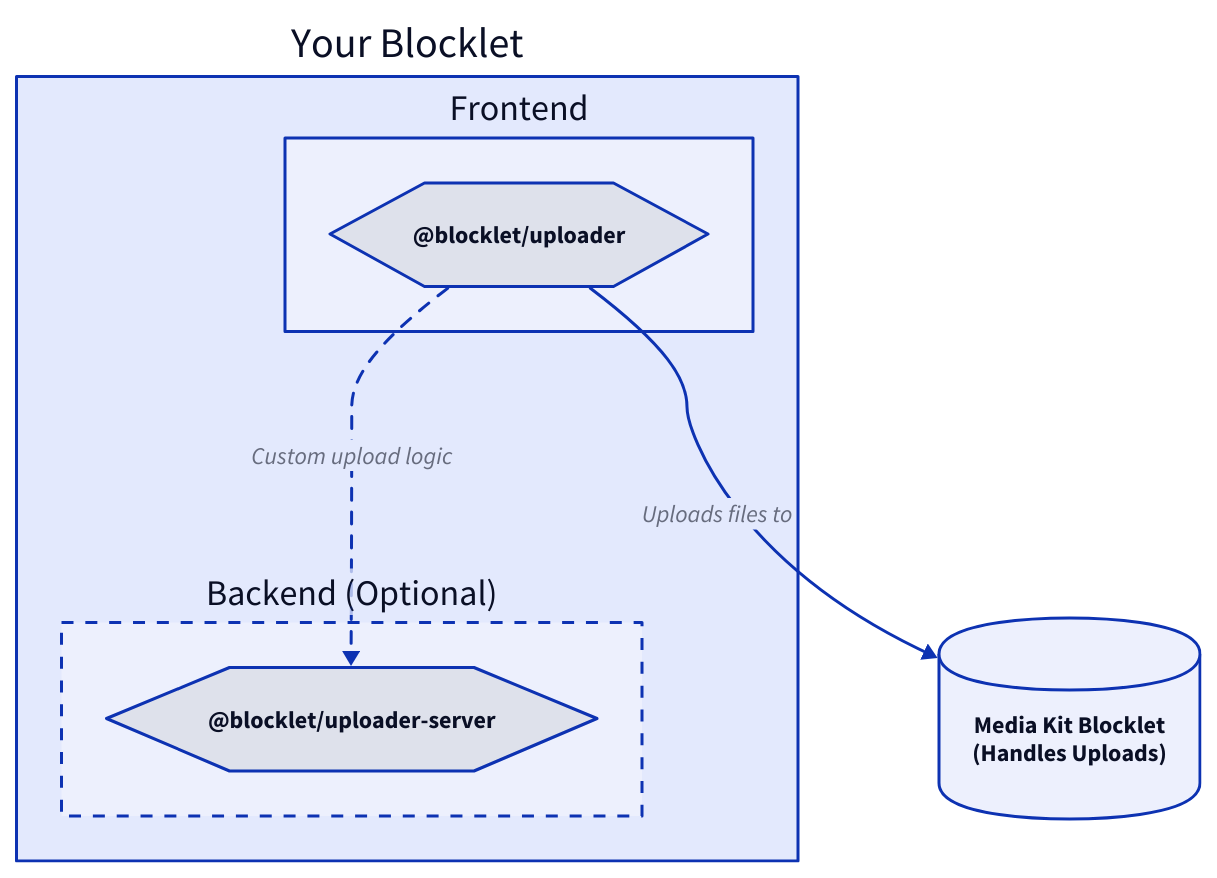
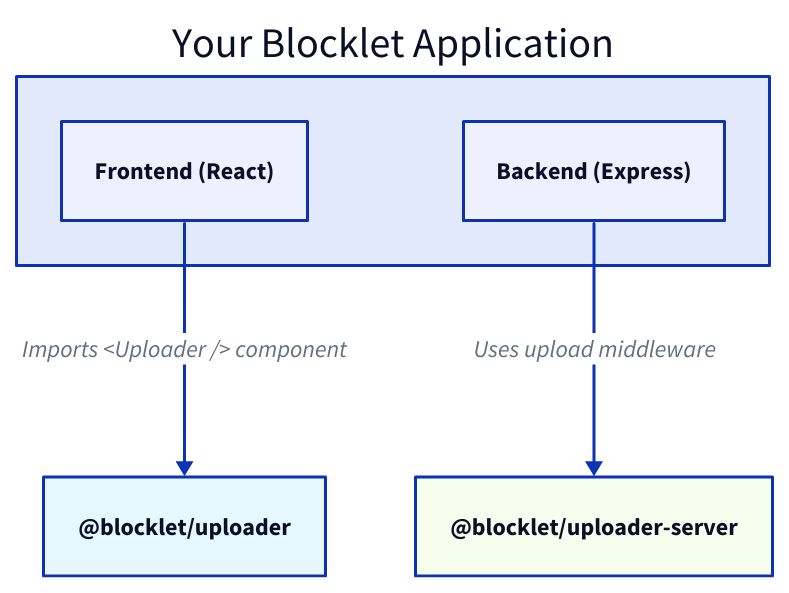
The diagram in .aigne/doc-smith/docs/api-reference.md (blocklet/media-kit), drawn with D2 before and after one commit. The commit also changed other lines of this file and 25 other files, not shown here.

````diff
--- a/.aigne/doc-smith/docs/api-reference.md
+++ b/.aigne/doc-smith/docs/api-reference.md
@@ -7,37 +12,34 @@
 ```d2
 direction: down
 
-Developer-Application: {
-  label: "Your Blocklet"
+your-blocklet-app: {
+  label: "Your Blocklet Application"
   shape: rectangle
 
-  Frontend: {
-    label: "Frontend"
+  frontend: {
+    label: "Frontend (React)"
     shape: rectangle
-    blocklet-uploader: {
-      label: "@blocklet/uploader"
-      shape: hexagon
-    }
   }
 
-  Backend: {
-    label: "Backend (Optional)"
+  backend: {
+    label: "Backend (Express)"
     shape: rectangle
-    style.stroke-dash: 4
-    blocklet-uploader-server: {
-      label: "@blocklet/uploader-server"
-      shape: hexagon
-    }
   }
 }
 
-Media-Kit: {
-  label: "Media Kit Blocklet\n(Handles Uploads)"
-  shape: cylinder
+uploader: {
+  label: "@blocklet/uploader"
+  shape: rectangle
+  style.fill: "#E6F7FF"
 }
 
-Developer-Application.Frontend.blocklet-uploader -> Media-Kit: "Uploads files to"
-Developer-Application.Frontend.blocklet-uploader -> Developer-Application.Backend.blocklet-uploader-server: "Custom upload logic" {
-  style.stroke-dash: 4
+uploader-server: {
+  label: "@blocklet/uploader-server"
+  shape: rectangle
+  style.fill: "#F6FFED"
 }
+
+your-blocklet-app.frontend -> uploader: "Imports <Uploader /> component"
+your-blocklet-app.backend -> uploader-server: "Uses upload middleware"
+
 ```
````
